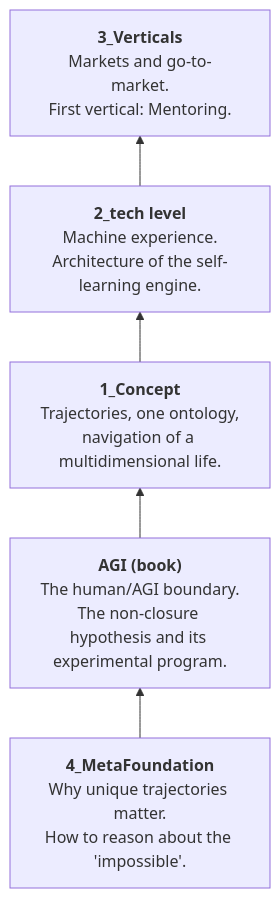
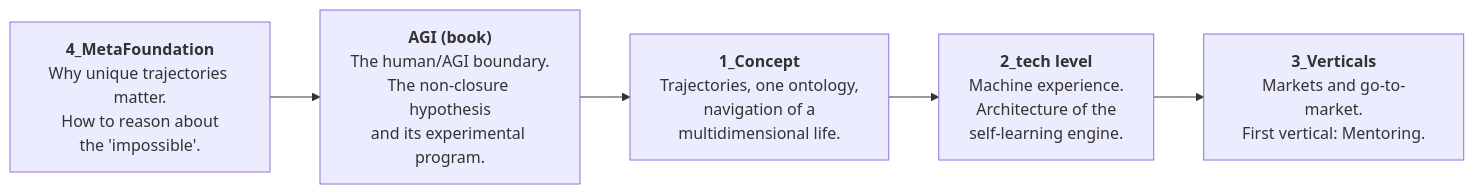
Before and after one commit to plykov/real-agi: the first of 3 diagrams in README.md, drawn with Mermaid. The commit also changed other lines of this file, not shown here.

Commit message:
edit: horizontal orientation for README Mermaid diagrams

````diff
--- a/README.md
+++ b/README.md
@@ -33,9 +33,9 @@
 ```mermaid
-flowchart BT
-    MF["<b>4_MetaFoundation</b><br/>Why unique trajectories matter.<br/>How to reason about the 'impossible'."]
-    AGIB["<b>AGI (book)</b><br/>The human/AGI boundary.<br/>The non-closure hypothesis and its experimental program."]
-    CON["<b>1_Concept</b><br/>Trajectories, one ontology,<br/>navigation of a multidimensional life."]
-    TECH["<b>2_tech level</b><br/>Machine experience.<br/>Architecture of the self-learning engine."]
+flowchart LR
+    MF["<b>4_MetaFoundation</b><br/>Why unique trajectories matter.<br/>How to reason about<br/>the 'impossible'."]
+    AGIB["<b>AGI (book)</b><br/>The human/AGI boundary.<br/>The non-closure hypothesis<br/>and its experimental program."]
+    CON["<b>1_Concept</b><br/>Trajectories, one ontology,<br/>navigation of a<br/>multidimensional life."]
+    TECH["<b>2_tech level</b><br/>Machine experience.<br/>Architecture of the<br/>self-learning engine."]
     VERT["<b>3_Verticals</b><br/>Markets and go-to-market.<br/>First vertical: Mentoring."]
     MF --> AGIB --> CON --> TECH --> VERT
 ```
````
